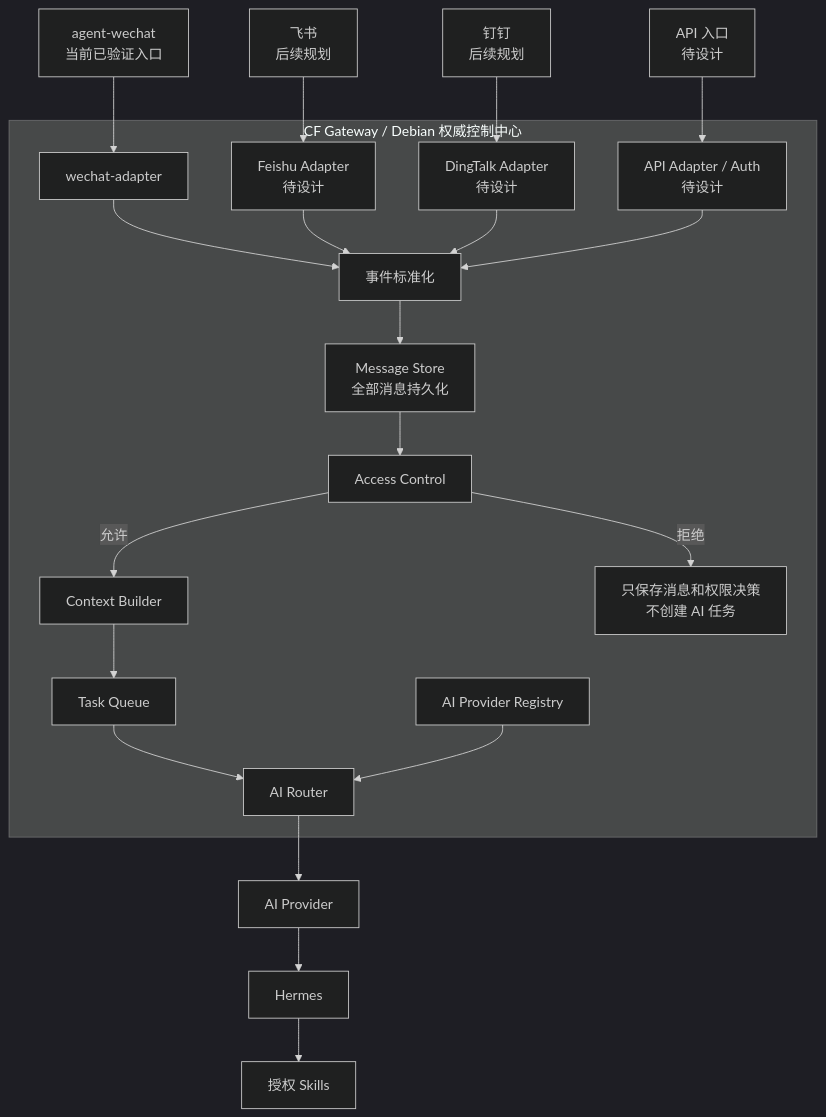
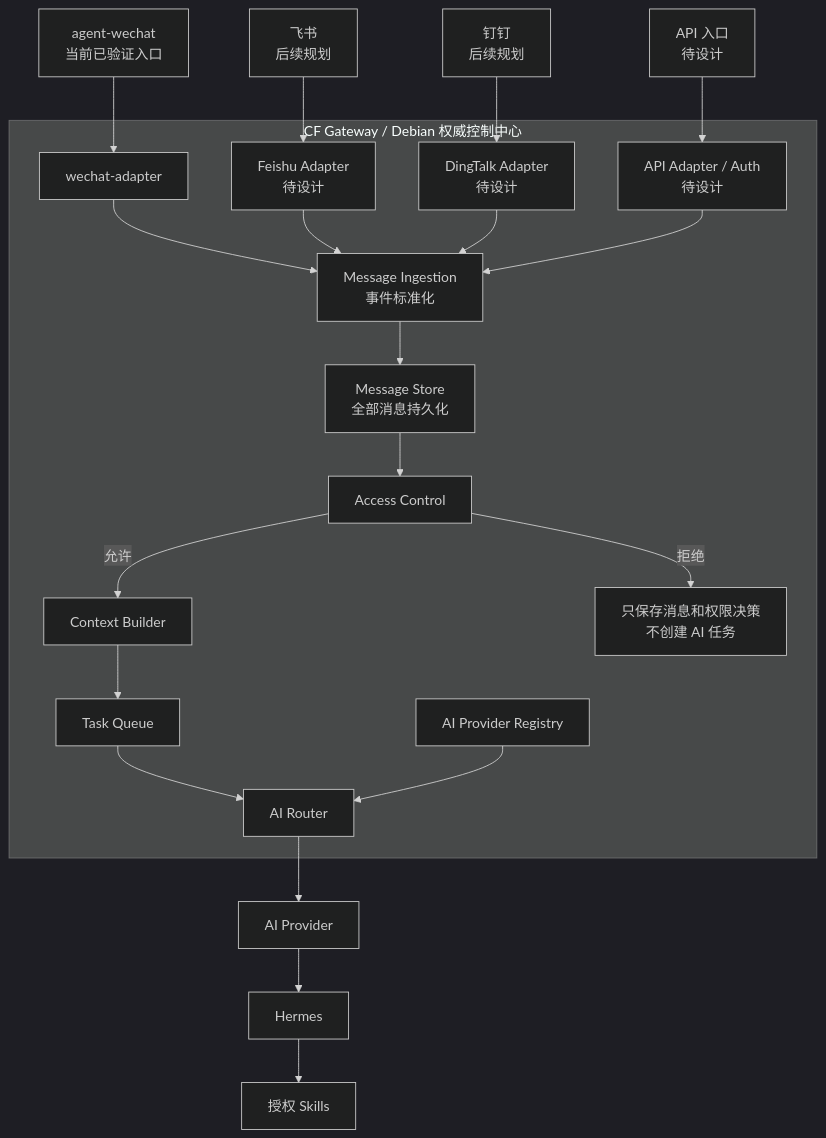
Before and after one commit to Tangbohu09527/CF_ecommerce-automation-docs: the second of 4 diagrams in architecture/gateway-architecture.md, drawn with Mermaid (dark theme). The commit also changed other lines of this file and 5 other files, not shown here.

Commit message:
docs: design message store and task queue architecture

````diff
--- a/architecture/gateway-architecture.md
+++ b/architecture/gateway-architecture.md
@@ -36,25 +38,25 @@
 ```mermaid
 flowchart TB
     W["agent-wechat<br/>当前已验证入口"] --> WA["wechat-adapter"]
     F["飞书<br/>后续规划"] --> FA["Feishu Adapter<br/>待设计"]
     D["钉钉<br/>后续规划"] --> DA["DingTalk Adapter<br/>待设计"]
     A["API 入口<br/>待设计"] --> AA["API Adapter / Auth<br/>待设计"]
 
     subgraph G["CF Gateway / Debian 权威控制中心"]
-        WA --> N["事件标准化"]
+        WA --> N["Message Ingestion<br/>事件标准化"]
         FA --> N
         DA --> N
         AA --> N
         N --> M["Message Store<br/>全部消息持久化"]
         M --> AC["Access Control"]
         AC -->|"允许"| C["Context Builder"]
         AC -->|"拒绝"| R["只保存消息和权限决策<br/>不创建 AI 任务"]
         C --> T["Task Queue"]
         T --> AR["AI Router"]
         PR["AI Provider Registry"] --> AR
     end
 
     AR --> P["AI Provider"]
     P --> H["Hermes"]
     H --> S["授权 Skills"]
 ```
````
